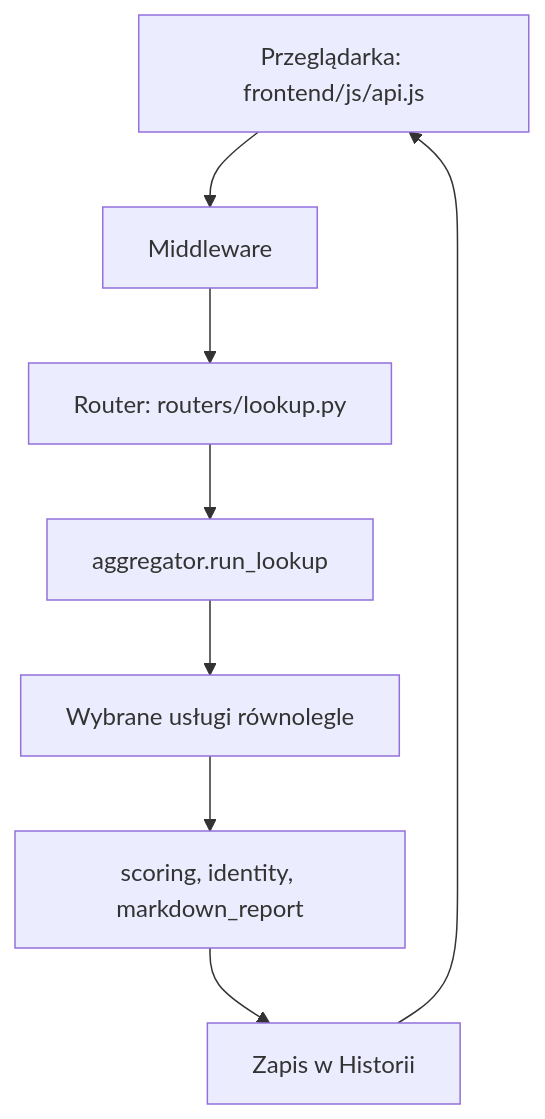
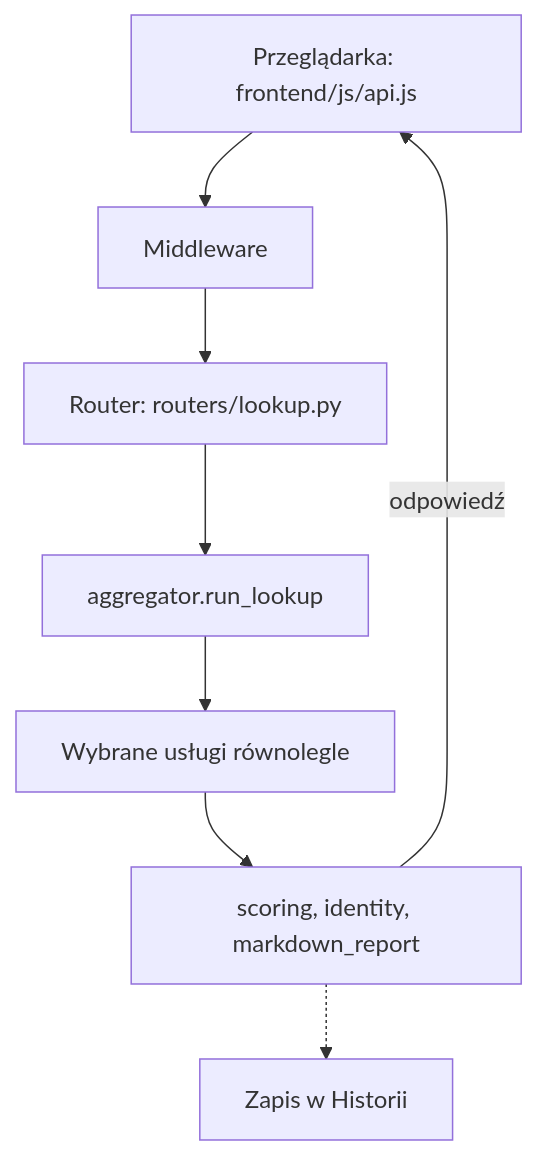
The diagram in docs/pl/ARCHITECTURE.md (arcymonek/seisa), drawn with Mermaid before and after one commit. The commit also changed other lines of this file and 17 other files, not shown here.

````diff
--- a/docs/pl/ARCHITECTURE.md
+++ b/docs/pl/ARCHITECTURE.md
@@ -60,10 +60,10 @@
 ```mermaid
 flowchart TD
     B[Przeglądarka: frontend/js/api.js] --> M[Middleware]
     M --> R[Router: routers/lookup.py]
     R --> A[aggregator.run_lookup]
     A --> S[Wybrane usługi równolegle]
     S --> C[scoring, identity, markdown_report]
-    C --> H[Zapis w Historii]
-    H --> B
+    C -->|odpowiedź| B
+    C -.-> H[Zapis w Historii]
 ```
````
